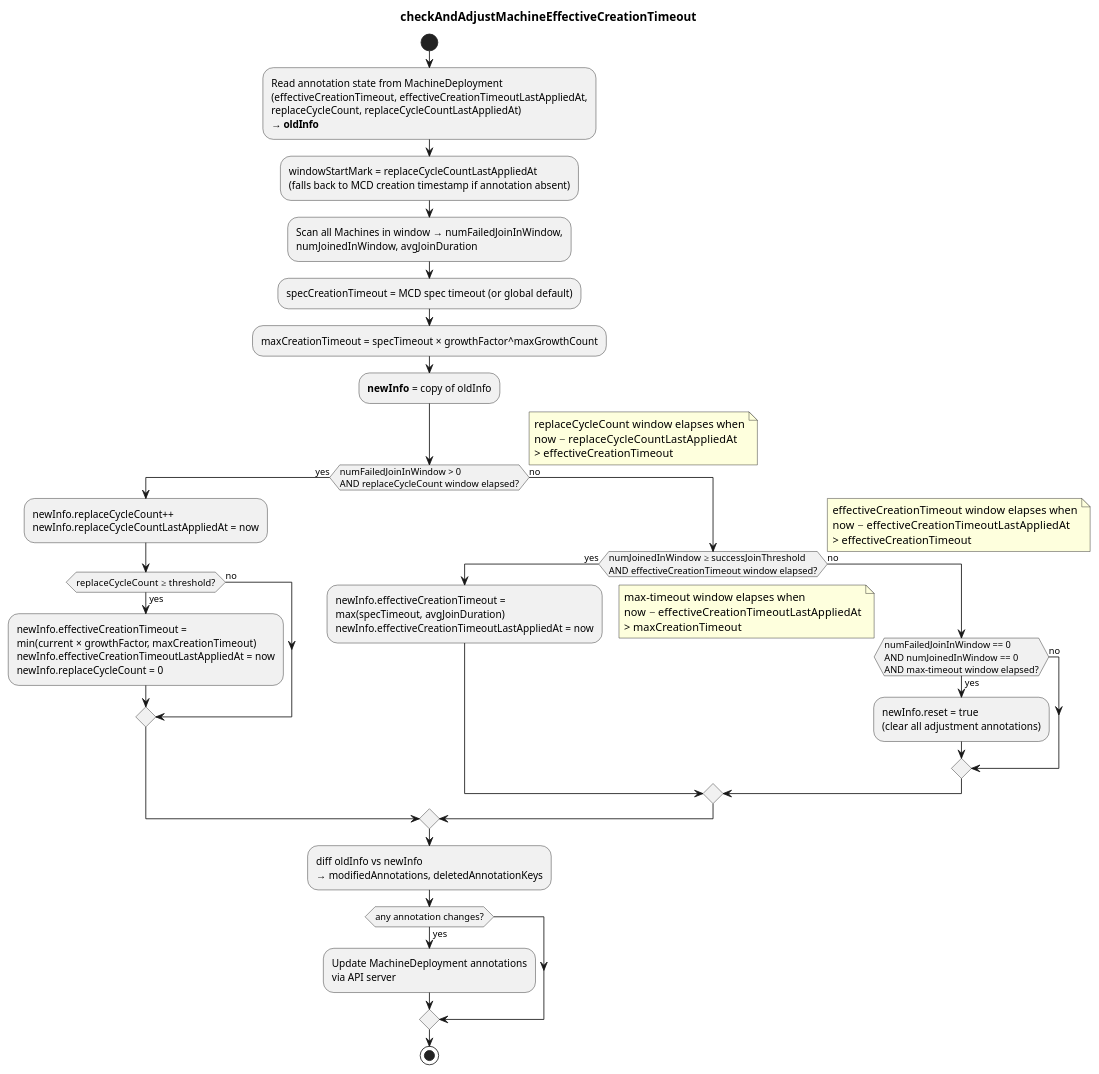
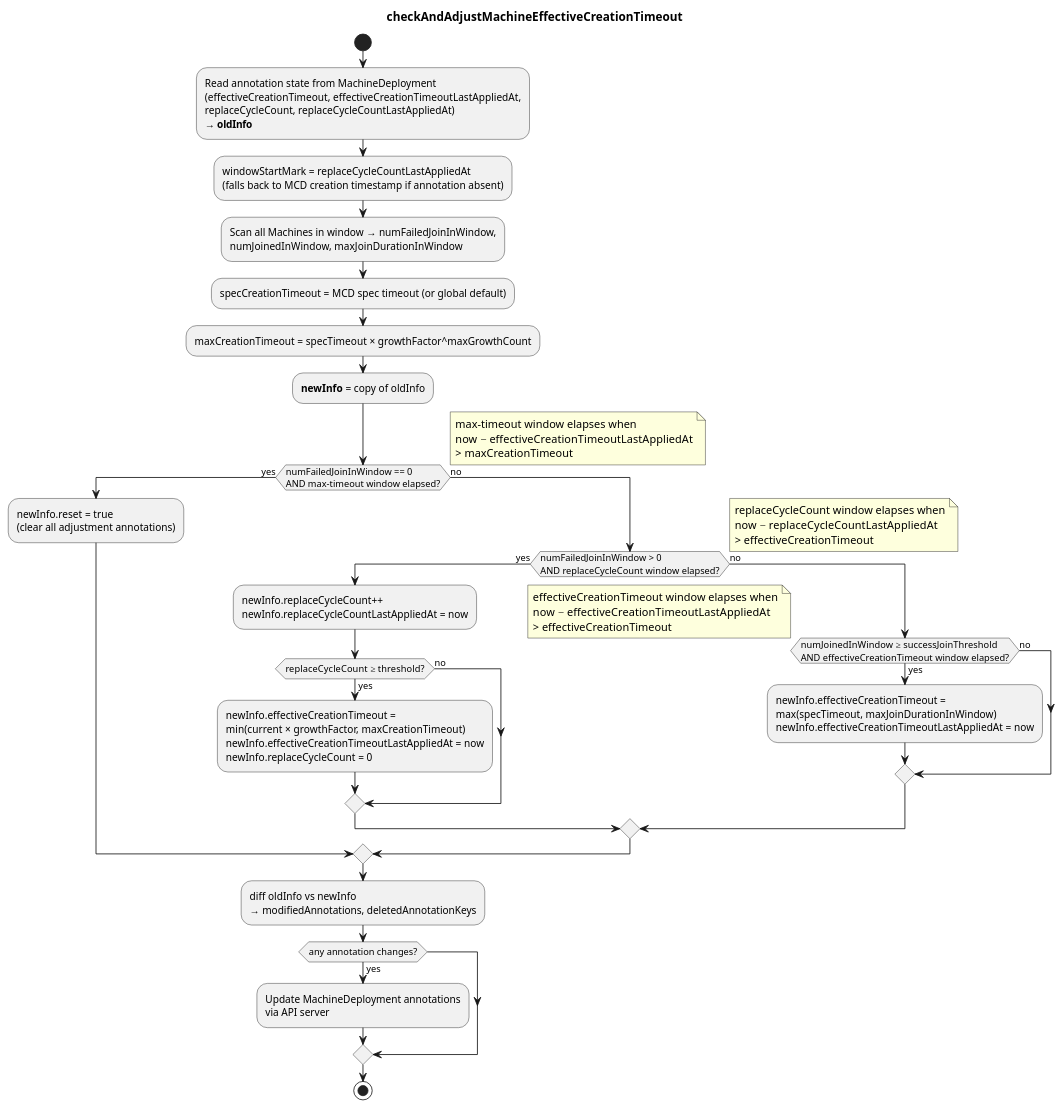
Before and after one commit to gardener/machine-controller-manager: the diagram in docs/images/adjust-effective-creation-timeout.puml, drawn with PlantUML. The commit also changed 6 other files, not shown here.

First line of the commit message:
use max join duration for shrink; clear effective-creation-timeout from MachineSet on reset

```diff
--- a/docs/images/adjust-effective-creation-timeout.puml
+++ b/docs/images/adjust-effective-creation-timeout.puml
@@ -1,54 +1,54 @@
 @startuml
 title checkAndAdjustMachineEffectiveCreationTimeout
 
 start
 
 :Read annotation state from MachineDeployment\n(effectiveCreationTimeout, effectiveCreationTimeoutLastAppliedAt,\nreplaceCycleCount, replaceCycleCountLastAppliedAt)\n**→ oldInfo**;
 
 :windowStartMark = replaceCycleCountLastAppliedAt\n(falls back to MCD creation timestamp if annotation absent);
-:Scan all Machines in window → numFailedJoinInWindow,\nnumJoinedInWindow, avgJoinDuration;
+:Scan all Machines in window → numFailedJoinInWindow,\nnumJoinedInWindow, maxJoinDurationInWindow;
 :specCreationTimeout = MCD spec timeout (or global default);
 :maxCreationTimeout = specTimeout × growthFactor^maxGrowthCount;
 :**newInfo** = copy of oldInfo;
 
-if (numFailedJoinInWindow > 0\nAND replaceCycleCount window elapsed?) then (yes)
+if (numFailedJoinInWindow == 0\nAND max-timeout window elapsed?) then (yes)
 note right
-  replaceCycleCount window elapses when
-  now − replaceCycleCountLastAppliedAt
-  > effectiveCreationTimeout
+  max-timeout window elapses when
+  now − effectiveCreationTimeoutLastAppliedAt
+  > maxCreationTimeout
 end note
-  :newInfo.replaceCycleCount++\nnewInfo.replaceCycleCountLastAppliedAt = now;
-  if (replaceCycleCount ≥ threshold?) then (yes)
-    :newInfo.effectiveCreationTimeout =\nmin(current × growthFactor, maxCreationTimeout)\nnewInfo.effectiveCreationTimeoutLastAppliedAt = now\nnewInfo.replaceCycleCount = 0;
-  else (no)
-  endif
+  :newInfo.reset = true\n(clear all adjustment annotations);
 else (no)
-  if (numJoinedInWindow ≥ successJoinThreshold\nAND effectiveCreationTimeout window elapsed?) then (yes)
+  if (numFailedJoinInWindow > 0\nAND replaceCycleCount window elapsed?) then (yes)
   note right
-    effectiveCreationTimeout window elapses when
-    now − effectiveCreationTimeoutLastAppliedAt
+    replaceCycleCount window elapses when
+    now − replaceCycleCountLastAppliedAt
     > effectiveCreationTimeout
   end note
-    :newInfo.effectiveCreationTimeout =\nmax(specTimeout, avgJoinDuration)\nnewInfo.effectiveCreationTimeoutLastAppliedAt = now;
+    :newInfo.replaceCycleCount++\nnewInfo.replaceCycleCountLastAppliedAt = now;
+    if (replaceCycleCount ≥ threshold?) then (yes)
+      :newInfo.effectiveCreationTimeout =\nmin(current × growthFactor, maxCreationTimeout)\nnewInfo.effectiveCreationTimeoutLastAppliedAt = now\nnewInfo.replaceCycleCount = 0;
+    else (no)
+    endif
   else (no)
-    if (numFailedJoinInWindow == 0\nAND numJoinedInWindow == 0\nAND max-timeout window elapsed?) then (yes)
+    if (numJoinedInWindow ≥ successJoinThreshold\nAND effectiveCreationTimeout window elapsed?) then (yes)
     note right
-      max-timeout window elapses when
+      effectiveCreationTimeout window elapses when
       now − effectiveCreationTimeoutLastAppliedAt
-      > maxCreationTimeout
+      > effectiveCreationTimeout
     end note
-      :newInfo.reset = true\n(clear all adjustment annotations);
+      :newInfo.effectiveCreationTimeout =\nmax(specTimeout, maxJoinDurationInWindow)\nnewInfo.effectiveCreationTimeoutLastAppliedAt = now;
     else (no)
     endif
   endif
 endif
 
 :diff oldInfo vs newInfo\n→ modifiedAnnotations, deletedAnnotationKeys;
 
 if (any annotation changes?) then (yes)
   :Update MachineDeployment annotations\nvia API server;
 endif
 
 stop
 
 @enduml
```
